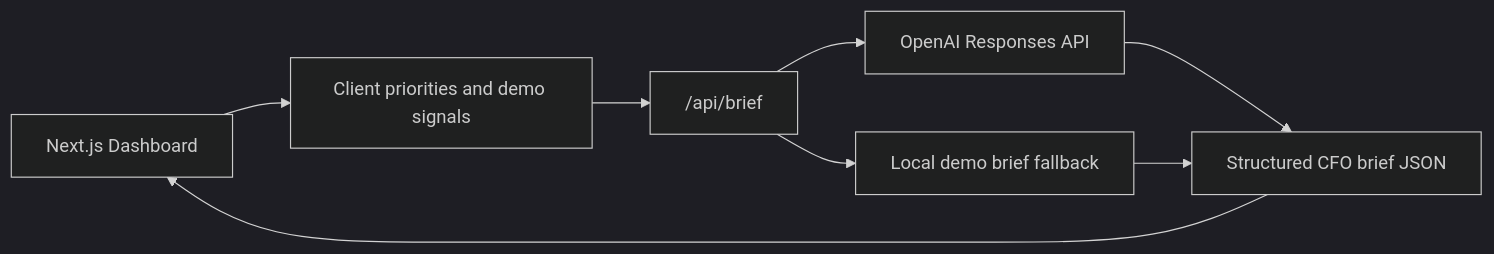
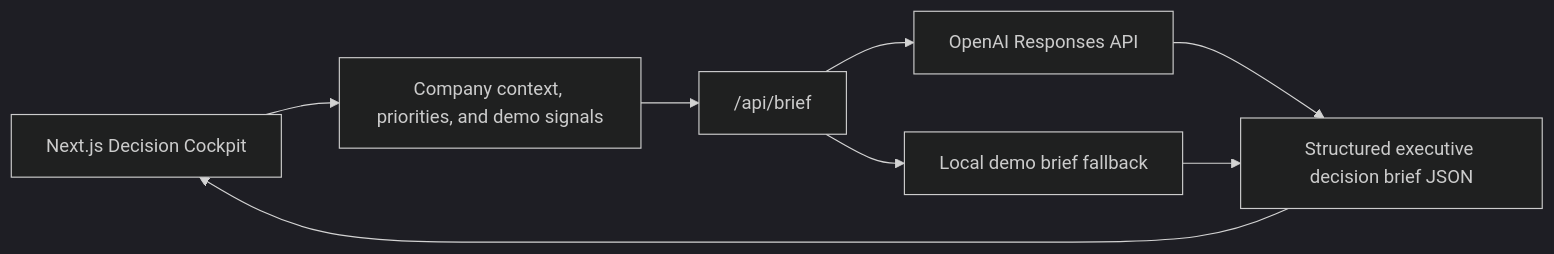
One commit to mhmtcnynk-star/cfo-signal-desk changed the diagram in README.md. Above: the diagram before and after it, drawn with Mermaid (dark theme). The commit also changed other lines of this file and 7 other files, not shown here.

Commit message:
Refine CFO Signal Desk decision engine

````diff
--- a/README.md
+++ b/README.md
@@ -22,10 +22,10 @@
 ```mermaid
 flowchart LR
-  UI["Next.js Dashboard"] --> State["Client priorities and demo signals"]
+  UI["Next.js Decision Cockpit"] --> State["Company context, priorities, and demo signals"]
   State --> Route["/api/brief"]
   Route --> OpenAI["OpenAI Responses API"]
   Route --> Demo["Local demo brief fallback"]
-  OpenAI --> Brief["Structured CFO brief JSON"]
+  OpenAI --> Brief["Structured executive decision brief JSON"]
   Demo --> Brief
   Brief --> UI
 ```
````
